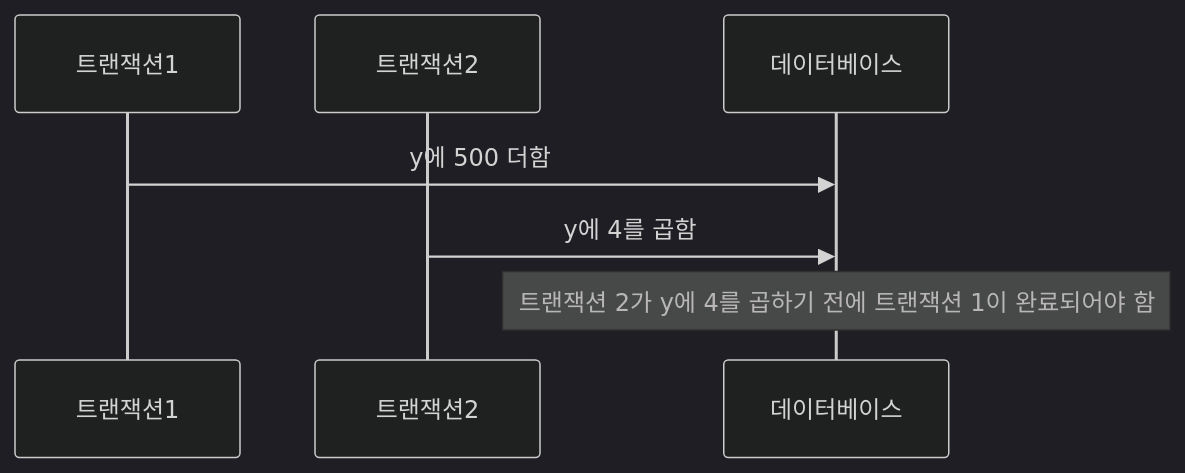
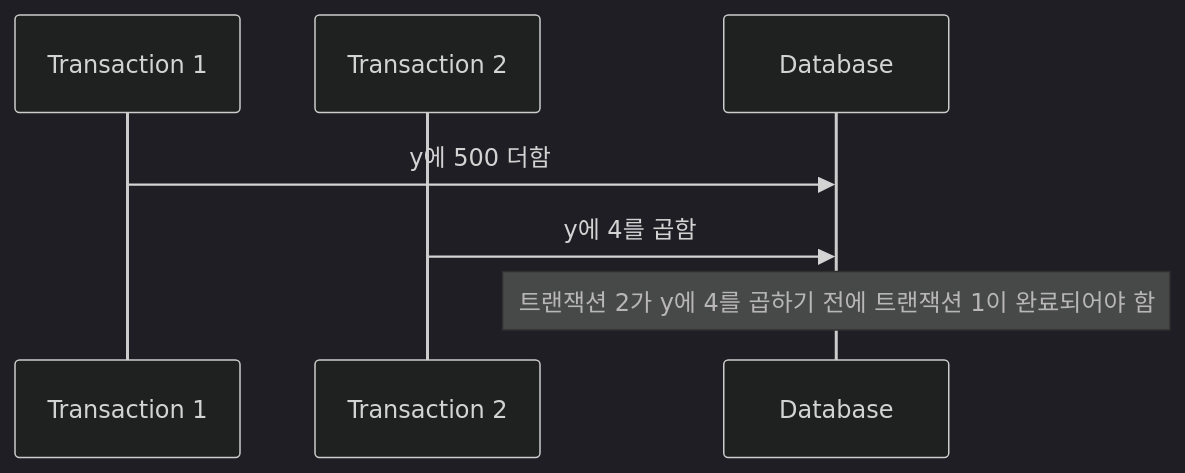
Before and after one commit to choesimin/choesimin.github.io: the second of 4 diagrams in collections/_drafts/skills/database/transaction/concurrency-control.md, drawn with Mermaid (dark theme). The commit also changed other lines of this file, not shown here.

````diff
--- a/collections/_drafts/skills/database/transaction/concurrency-control.md
+++ b/collections/_drafts/skills/database/transaction/concurrency-control.md
@@ -79,10 +82,11 @@
 ```mermaid
 sequenceDiagram
-    participant 트랜잭션1
-    participant 트랜잭션2
-    participant 데이터베이스
 
-    트랜잭션1->>데이터베이스: y에 500 더함
-    트랜잭션2->>데이터베이스: y에 4를 곱함
-    Note over 데이터베이스: 트랜잭션 2가 y에 4를 곱하기 전에 트랜잭션 1이 완료되어야 함
+participant t1 as Transaction 1
+participant t2 as Transaction 2
+participant db as Database
+
+t1 ->> db : y에 500 더함
+t2 ->> db : y에 4를 곱함
+Note over db : 트랜잭션 2가 y에 4를 곱하기 전에 트랜잭션 1이 완료되어야 함
 ```
````
